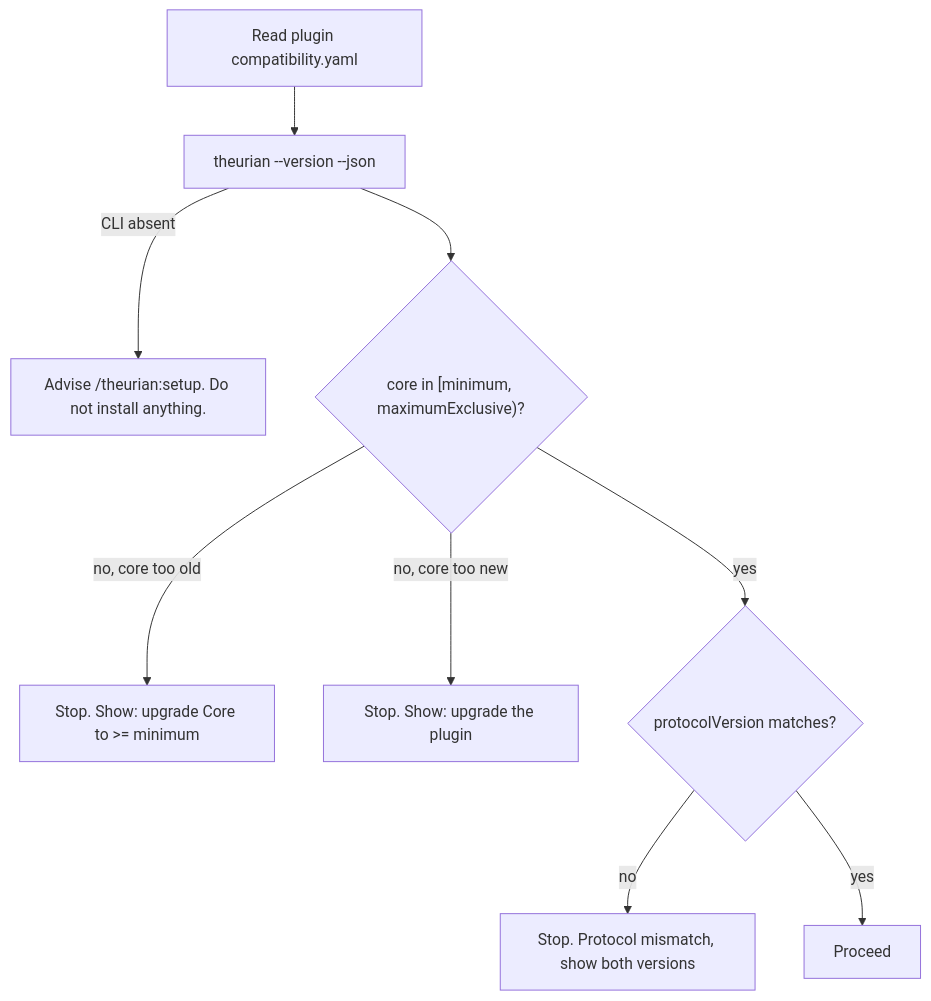
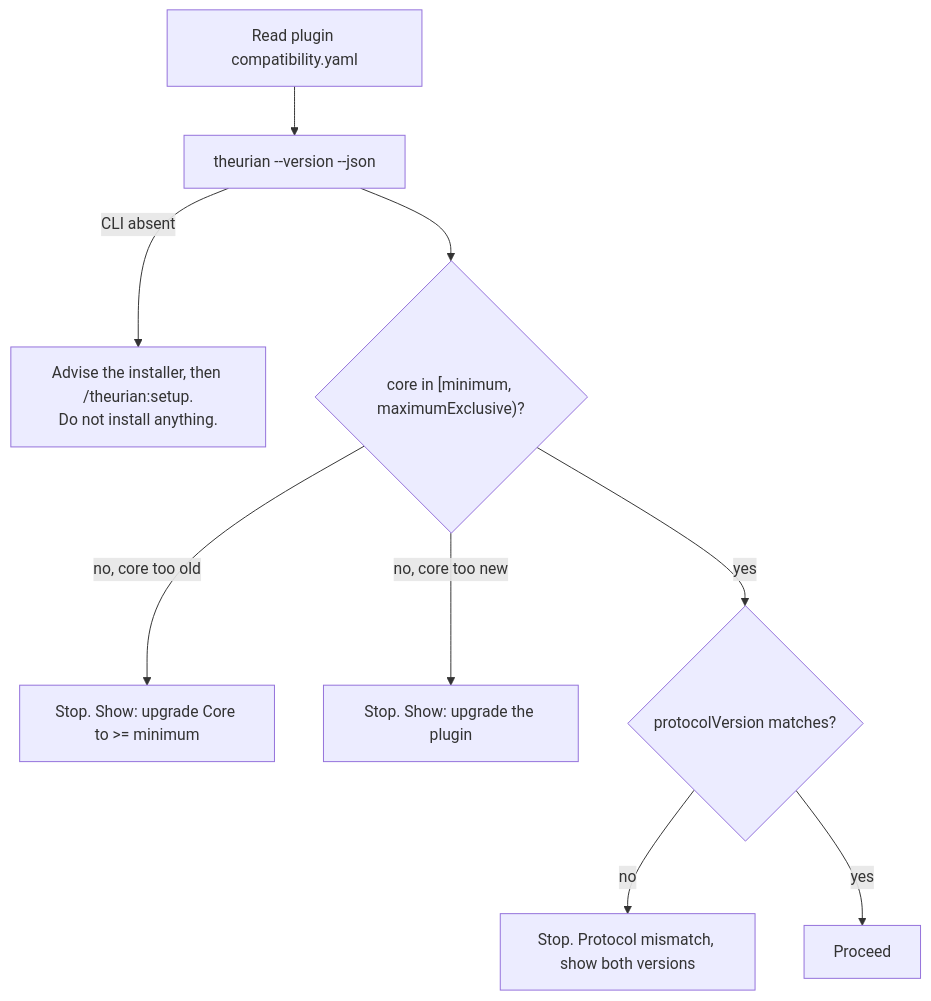
Before and after one commit to theurian/theurian: the seventh of 8 diagrams in docs/architecture/requirements-analysis.md, drawn with Mermaid. The commit also changed other lines of this file and 3 other files, not shown here.

````diff
--- a/docs/architecture/requirements-analysis.md
+++ b/docs/architecture/requirements-analysis.md
@@ -1127,11 +1127,11 @@
 ```mermaid
 flowchart TD
     A["Read plugin compatibility.yaml"] --> B["theurian --version --json"]
-    B -->|CLI absent| Z1["Advise /theurian:setup. Do not install anything."]
+    B -->|CLI absent| Z1["Advise the installer, then /theurian:setup.<br/>Do not install anything."]
     B --> C{"core in [minimum, maximumExclusive)?"}
     C -->|no, core too old| Z2["Stop. Show: upgrade Core to >= minimum"]
     C -->|no, core too new| Z3["Stop. Show: upgrade the plugin"]
     C -->|yes| D{"protocolVersion matches?"}
     D -->|no| Z4["Stop. Protocol mismatch, show both versions"]
     D -->|yes| E["Proceed"]
 ```
````
